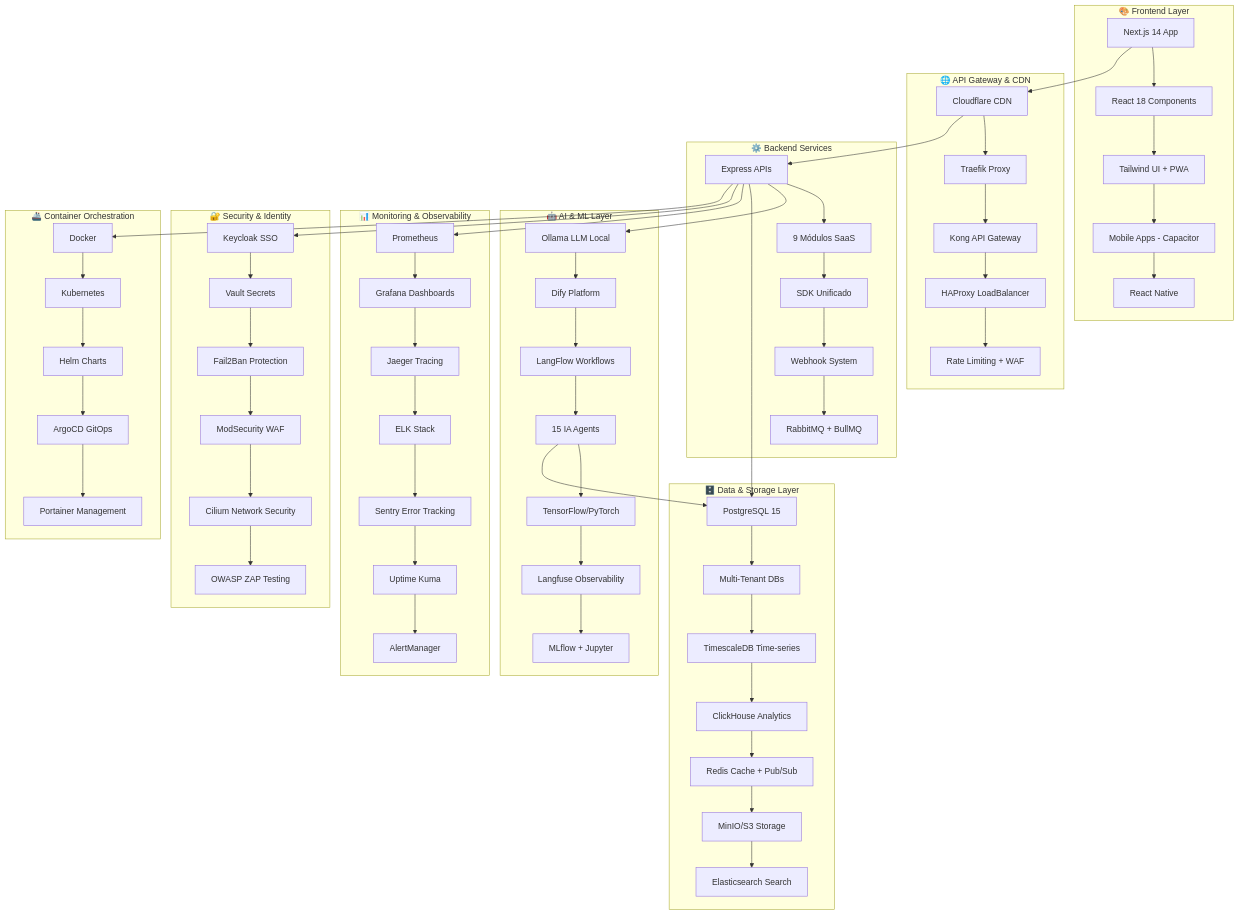
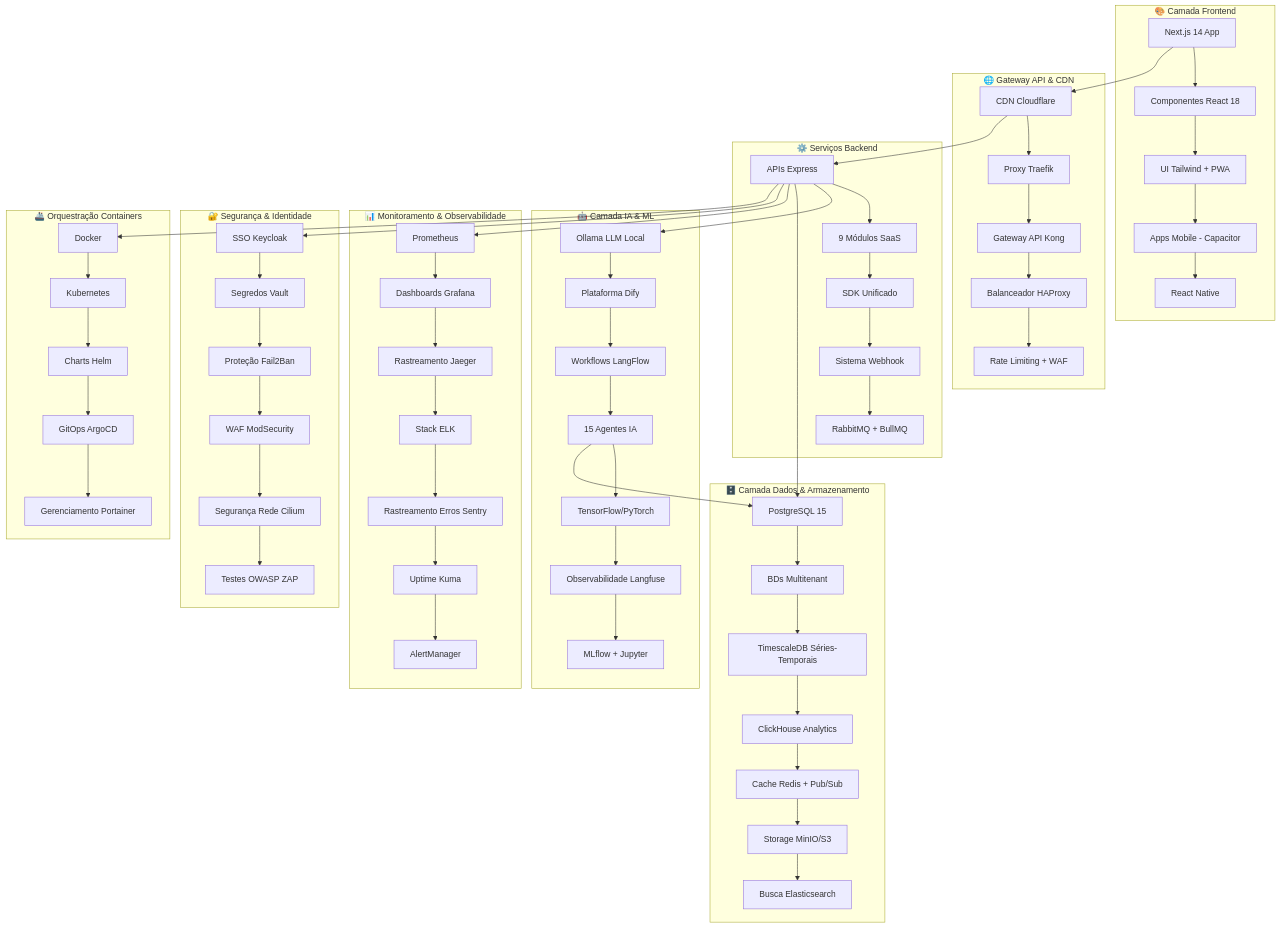
Before and after one commit to Nakahh/KRYONIX-PLATAFORMA: the diagram in README.md, drawn with Mermaid. The commit also changed other lines of this file, not shown here.

````diff
--- a/README.md
+++ b/README.md
@@ -107,74 +133,74 @@
 ```mermaid
 graph TB
-    subgraph "🎨 Frontend Layer"
-        A[Next.js 14 App] --> B[React 18 Components]
-        B --> C[Tailwind UI + PWA]
-        C --> D[Mobile Apps - Capacitor]
+    subgraph "🎨 Camada Frontend"
+        A[Next.js 14 App] --> B[Componentes React 18]
+        B --> C[UI Tailwind + PWA]
+        C --> D[Apps Mobile - Capacitor]
         D --> E[React Native]
     end
     
-    subgraph "🌐 API Gateway & CDN"
-        F[Cloudflare CDN] --> G[Traefik Proxy]
-        G --> H[Kong API Gateway]
-        H --> I[HAProxy LoadBalancer]
+    subgraph "🌐 Gateway API & CDN"
+        F[CDN Cloudflare] --> G[Proxy Traefik]
+        G --> H[Gateway API Kong]
+        H --> I[Balanceador HAProxy]
         I --> J[Rate Limiting + WAF]
     end
     
-    subgraph "⚙️ Backend Services"
-        K[Express APIs] --> L[9 Módulos SaaS]
+    subgraph "⚙️ Serviços Backend"
+        K[APIs Express] --> L[9 Módulos SaaS]
         L --> M[SDK Unificado]
-        M --> N[Webhook System]
+        M --> N[Sistema Webhook]
         N --> O[RabbitMQ + BullMQ]
     end
     
-    subgraph "🤖 AI & ML Layer"
-        P[Ollama LLM Local] --> Q[Dify Platform]
-        Q --> R[LangFlow Workflows]
-        R --> S[15 IA Agents]
+    subgraph "🤖 Camada IA & ML"
+        P[Ollama LLM Local] --> Q[Plataforma Dify]
+        Q --> R[Workflows LangFlow]
+        R --> S[15 Agentes IA]
         S --> T[TensorFlow/PyTorch]
-        T --> U[Langfuse Observability]
+        T --> U[Observabilidade Langfuse]
         U --> V[MLflow + Jupyter]
     end
     
-    subgraph "🗄️ Data & Storage Layer"
-        W[PostgreSQL 15] --> X[Multi-Tenant DBs]
-        X --> Y[TimescaleDB Time-series]
+    subgraph "🗄️ Camada Dados & Armazenamento"
+        W[PostgreSQL 15] --> X[BDs Multitenant]
+        X --> Y[TimescaleDB Séries-Temporais]
         Y --> Z[ClickHouse Analytics]
-        Z --> AA[Redis Cache + Pub/Sub]
-        AA --> BB[MinIO/S3 Storage]
-        BB --> CC[Elasticsearch Search]
+        Z --> AA[Cache Redis + Pub/Sub]
+        AA --> BB[Storage MinIO/S3]
+        BB --> CC[Busca Elasticsearch]
     end
     
-    subgraph "📊 Monitoring & Observability"
-        DD[Prometheus] --> EE[Grafana Dashboards]
-        EE --> FF[Jaeger Tracing]
-        FF --> GG[ELK Stack]
-        GG --> HH[Sentry Error Tracking]
+    subgraph "📊 Monitoramento & Observabilidade"
+        DD[Prometheus] --> EE[Dashboards Grafana]
+        EE --> FF[Rastreamento Jaeger]
+        FF --> GG[Stack ELK]
+        GG --> HH[Rastreamento Erros Sentry]
         HH --> II[Uptime Kuma]
         II --> JJ[AlertManager]
     end
     
-    subgraph "🔐 Security & Identity"
-        KK[Keycloak SSO] --> LL[Vault Secrets]
-        LL --> MM[Fail2Ban Protection]
-        MM --> NN[ModSecurity WAF]
-        NN --> OO[Cilium Network Security]
-        OO --> PP[OWASP ZAP Testing]
+    subgraph "🔐 Segurança & Identidade"
+        KK[SSO Keycloak] --> LL[Segredos Vault]
+        LL --> MM[Proteção Fail2Ban]
+        MM --> NN[WAF ModSecurity]
+        NN --> OO[Segurança Rede Cilium]
+        OO --> PP[Testes OWASP ZAP]
     end
     
-    subgraph "🚢 Container Orchestration"
+    subgraph "🚢 Orquestração Containers"
         QQ[Docker] --> RR[Kubernetes]
-        RR --> SS[Helm Charts]
-        SS --> TT[ArgoCD GitOps]
-        TT --> UU[Portainer Management]
+        RR --> SS[Charts Helm]
+        SS --> TT[GitOps ArgoCD]
+        TT --> UU[Gerenciamento Portainer]
     end
     
     A --> F
     F --> K
     K --> P
     K --> W
     S --> W
     K --> DD
     K --> KK
     K --> QQ
 ```
````
